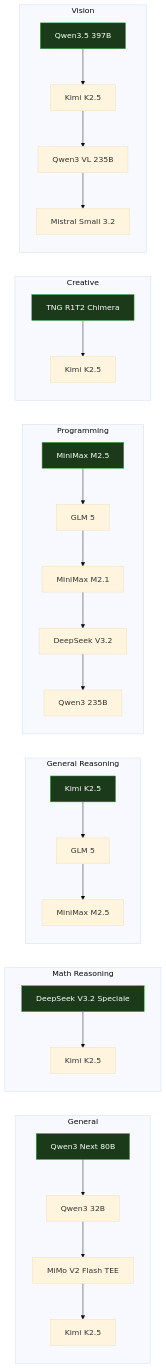
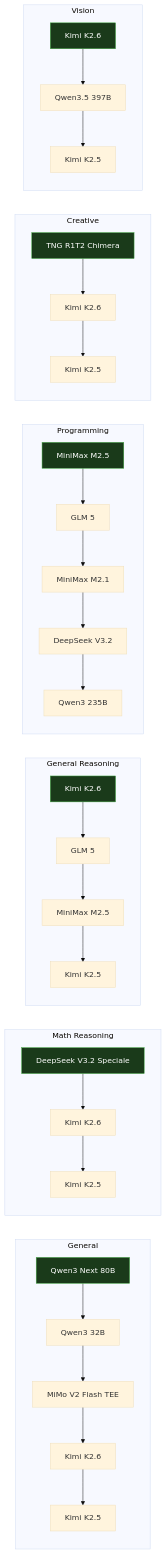
The second of 2 diagrams in README.md (chutesai/model-router), drawn with Mermaid (base theme) before and after one commit. The commit also changed other lines of this file and 2 other files, not shown here.

First line of the commit message:
Promote Kimi K2.6 over K2.5 in routing tables

````diff
--- a/README.md
+++ b/README.md
@@ -187,28 +178,28 @@
 ```mermaid
 flowchart LR
     subgraph general["General"]
-        G1["Qwen3 Next 80B"] --> G2["Qwen3 32B"] --> G3["MiMo V2 Flash TEE"] --> G4["Kimi K2.5"]
+        G1["Qwen3 Next 80B"] --> G2["Qwen3 32B"] --> G3["MiMo V2 Flash TEE"] --> G4["Kimi K2.6"] --> G5["Kimi K2.5"]
     end
     subgraph math["Math Reasoning"]
-        M1["DeepSeek V3.2 Speciale"] --> M2["Kimi K2.5"]
+        M1["DeepSeek V3.2 Speciale"] --> M2["Kimi K2.6"] --> M3["Kimi K2.5"]
     end
     subgraph genreason["General Reasoning"]
-        GR1["Kimi K2.5"] --> GR2["GLM 5"] --> GR3["MiniMax M2.5"]
+        GR1["Kimi K2.6"] --> GR2["GLM 5"] --> GR3["MiniMax M2.5"] --> GR4["Kimi K2.5"]
     end
     subgraph prog["Programming"]
         P1["MiniMax M2.5"] --> P2["GLM 5"] --> P3["MiniMax M2.1"] --> P4["DeepSeek V3.2"] --> P5["Qwen3 235B"]
     end
     subgraph creative["Creative"]
-        C1["TNG R1T2 Chimera"] --> C2["Kimi K2.5"]
+        C1["TNG R1T2 Chimera"] --> C2["Kimi K2.6"] --> C3["Kimi K2.5"]
     end
     subgraph vision["Vision"]
-        V1["Qwen3.5 397B"] --> V2["Kimi K2.5"] --> V3["Qwen3 VL 235B"] --> V4["Mistral Small 3.2"]
+        V1["Kimi K2.6"] --> V2["Qwen3.5 397B"] --> V3["Kimi K2.5"]
     end
 
     style G1 fill:#1a3a1a,stroke:#4a4,color:#fff
     style M1 fill:#1a3a1a,stroke:#4a4,color:#fff
     style GR1 fill:#1a3a1a,stroke:#4a4,color:#fff
     style P1 fill:#1a3a1a,stroke:#4a4,color:#fff
     style C1 fill:#1a3a1a,stroke:#4a4,color:#fff
     style V1 fill:#1a3a1a,stroke:#4a4,color:#fff
 ```
````
